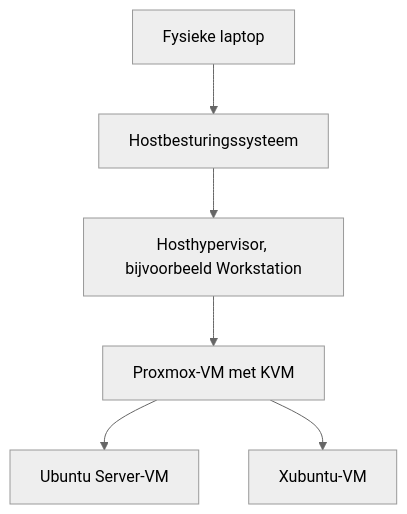
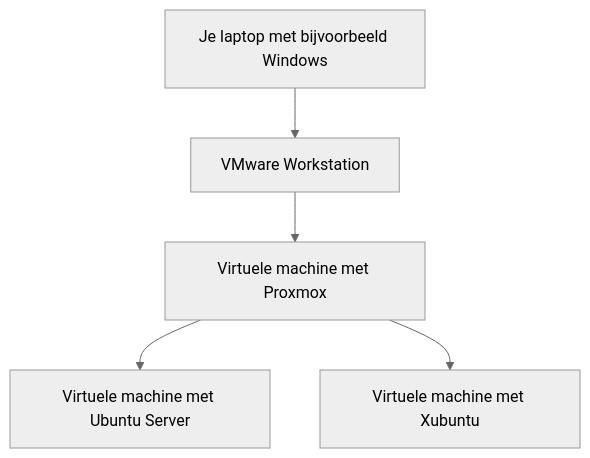
Before and after one commit to MathieuLeroy2/theCloud: the diagram in cursus/01-hypervisors/theorie.md, drawn with Mermaid (neutral theme). The commit also changed other lines of this file and 60 other files, not shown here.

````diff
--- a/cursus/01-hypervisors/theorie.md
+++ b/cursus/01-hypervisors/theorie.md
@@ -30,8 +61,7 @@
 ```mermaid
 flowchart TB
-    laptop["Fysieke laptop"] --> hostos["Hostbesturingssysteem"]
-    hostos --> buiten["Hosthypervisor, bijvoorbeeld Workstation"]
-    buiten --> proxmox["Proxmox-VM met KVM"]
-    proxmox --> server["Ubuntu Server-VM"]
-    proxmox --> client["Xubuntu-VM"]
+    laptop["Je laptop met bijvoorbeeld Windows"] --> workstation["VMware Workstation"]
+    workstation --> proxmox["Virtuele machine met Proxmox"]
+    proxmox --> server["Virtuele machine met Ubuntu Server"]
+    proxmox --> client["Virtuele machine met Xubuntu"]
 ```
````
